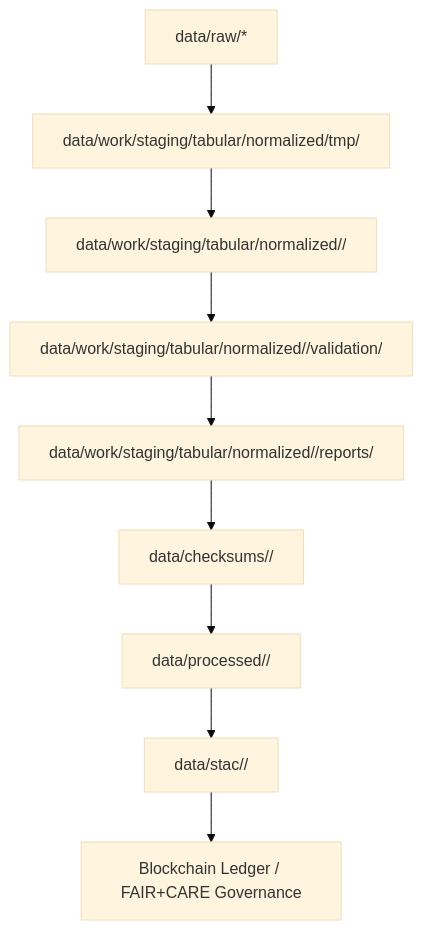
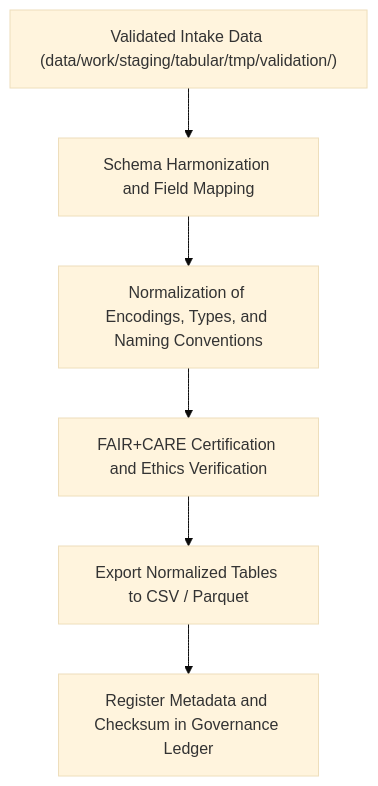
Before and after one commit to bartytime4life/Kansas-Frontier-Matrix: the diagram in data/work/staging/tabular/normalized/README.md, drawn with Mermaid (base theme). The commit also changed other lines of this file, not shown here.

````diff
--- a/data/work/staging/tabular/normalized/README.md
+++ b/data/work/staging/tabular/normalized/README.md
@@ -68,11 +61,8 @@
 ```mermaid
 flowchart TD
-  A["data/raw/*"] --> B["data/work/staging/tabular/normalized/tmp/"]
-  B --> C["data/work/staging/tabular/normalized/<domain>/"]
-  C --> D["data/work/staging/tabular/normalized/<domain>/validation/"]
-  D --> E["data/work/staging/tabular/normalized/<domain>/reports/"]
-  E --> F["data/checksums/<domain>/"]
-  F --> G["data/processed/<domain>/"]
-  G --> H["data/stac/<domain>/"]
-  H --> I["Blockchain Ledger / FAIR+CARE Governance"]
+    A["Validated Intake Data (data/work/staging/tabular/tmp/validation/)"] --> B["Schema Harmonization and Field Mapping"]
+    B --> C["Normalization of Encodings, Types, and Naming Conventions"]
+    C --> D["FAIR+CARE Certification and Ethics Verification"]
+    D --> E["Export Normalized Tables to CSV / Parquet"]
+    E --> F["Register Metadata and Checksum in Governance Ledger"]
 ```
````
